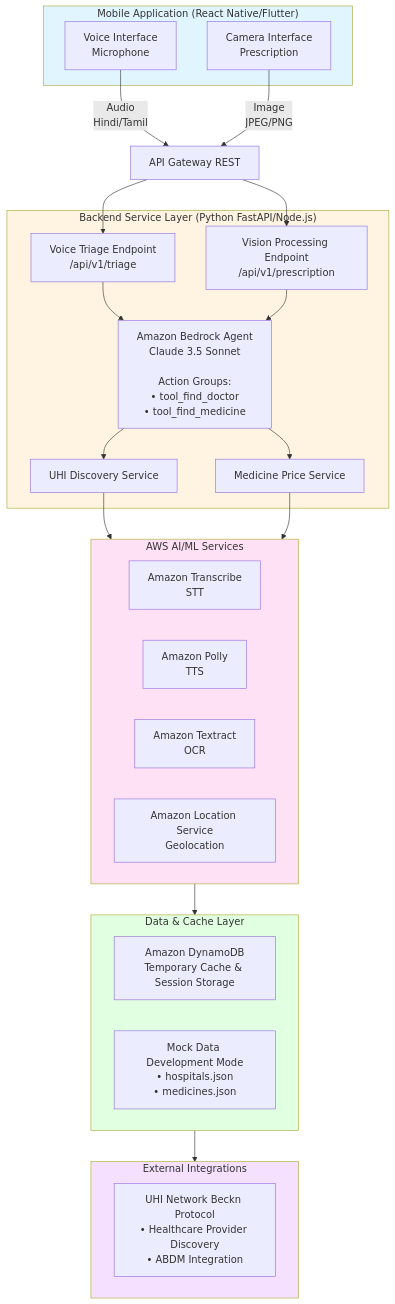
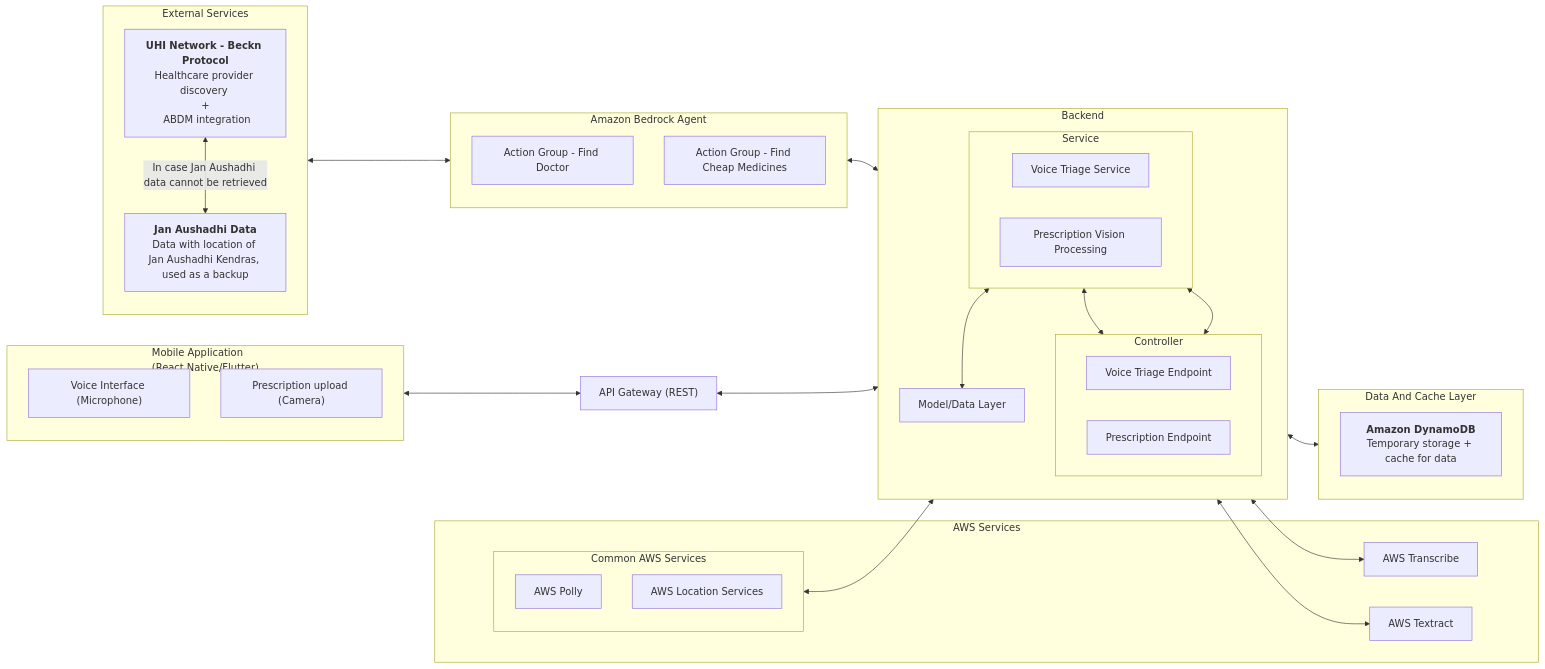
One commit to SaanviSingh12/AIForBharat changed the first of 3 diagrams in design.md. Above: the diagram before and after it, drawn with Mermaid.

Commit message:
Changed diagram in design.md file

````diff
--- a/design.md
+++ b/design.md
@@ -31,54 +31,70 @@
 ```mermaid
-graph TB
-    subgraph Mobile["Mobile Application (React Native/Flutter)"]
-        Voice[Voice Interface<br/>Microphone]
-        Camera[Camera Interface<br/>Prescription]
+graph LR
+    subgraph Mobile["Mobile Application<br/> (React Native/Flutter)"]
+        Voice["Voice Interface (Microphone)"]
+        Prescription["Prescription upload (Camera)"]
     end
-    
-    Voice -->|Audio<br/>Hindi/Tamil| Gateway
-    Camera -->|Image<br/>JPEG/PNG| Gateway
-    
-    Gateway[API Gateway REST]
-    
-    Gateway --> VoiceTriage[Voice Triage Endpoint<br/>/api/v1/triage]
-    Gateway --> VisionProc[Vision Processing Endpoint<br/>/api/v1/prescription]
-    
-    subgraph Backend["Backend Service Layer (Python FastAPI/Node.js)"]
-        VoiceTriage --> BedrockAgent
-        VisionProc --> BedrockAgent
+
+    GateWay["API Gateway (REST)"]
+
+    Mobile <--> GateWay
+
+    subgraph Backend
+        direction TB
+        subgraph Controller
+            direction LR
+            VoiceEndpt["Voice Triage Endpoint"]
+            PrescriptionEndpt["Prescription Endpoint"]
+        end
+
+        subgraph Service
+            direction LR
+            VoiceTriage["Voice Triage Service"]
+            PrescriptionVisionProcessing["Prescription Vision Processing"]
+        end
+
+        ModelLayer["Model/Data Layer"]
+
+        VoiceTriage <--> VoiceEndpt
+        PrescriptionEndpt <--> PrescriptionVisionProcessing
+        Service <--> ModelLayer
+    end
+
+    subgraph AWSServices["AWS Services"]
+        AWSTranscribe["AWS Transcribe"]
+        AWSTextract["AWS Textract"]
+        subgraph CommonAWSServices["Common AWS Services"]
+            AWSPolly["AWS Polly"]
+            AWSLocationService["AWS Location Services"]
+        end
+    end
+
+    VoiceTriage <--> AWSTranscribe
+    PrescriptionVisionProcessing <--> AWSTextract
+    CommonAWSServices <--> Service
+
+    subgraph AI[Amazon Bedrock Agent]
+        DoctorFindActionGroup["Action Group - Find Doctor"]
+        MedicinePriceActionGroup["Action Group - Find Cheap Medicines"]
+    end
+
+    subgraph ExternalServices["External Services"]
+        UHIApi["<b>UHI Network - Beckn Protocol</b><br/>Healthcare provider discovery <br/> + <br/> ABDM integration"]
+        JanAushadhiData["<b>Jan Aushadhi Data</b><br/>Data with location of Jan Aushadhi Kendras, used as a backup"]
+    end
+
+    UHIApi <-->|In case Jan Aushadhi data cannot be retrieved|JanAushadhiData
+
+    ExternalServices <--> AI
+    AI<-->Service
+
+    subgraph DataLayer["Data And Cache Layer"]
+        AmazonDynamoDB["<b>Amazon DynamoDB</b><br/>Temporary storage + cache for data"]
+    end
         
-        BedrockAgent[Amazon Bedrock Agent<br/>Claude 3.5 Sonnet<br/><br/>Action Groups:<br/>• tool_find_doctor<br/>• tool_find_medicine]
+    ModelLayer <--> DataLayer
         
-        BedrockAgent --> UHIService[UHI Discovery Service]
-        BedrockAgent --> MedService[Medicine Price Service]
-    end
-    
-    subgraph AWS["AWS AI/ML Services"]
-        Transcribe[Amazon Transcribe<br/>STT]
-        Polly[Amazon Polly<br/>TTS]
-        Textract[Amazon Textract<br/>OCR]
-        Location[Amazon Location Service<br/>Geolocation]
-    end
-    
-    UHIService --> AWS
-    MedService --> AWS
-    
-    subgraph Data["Data & Cache Layer"]
-        DynamoDB[Amazon DynamoDB<br/>Temporary Cache & Session Storage]
-        MockData[Mock Data Development Mode<br/>• hospitals.json<br/>• medicines.json]
-    end
-    
-    AWS --> Data
-    
-    subgraph External["External Integrations"]
-        UHI[UHI Network Beckn Protocol<br/>• Healthcare Provider Discovery<br/>• ABDM Integration]
-    end
-    
-    Data --> External
-    
-    style Mobile fill:#e1f5ff
-    style Backend fill:#fff4e1
-    style AWS fill:#ffe1f5
-    style Data fill:#e1ffe1
-    style External fill:#f5e1ff
+
+    GateWay <--> Controller
+
 ```
````
